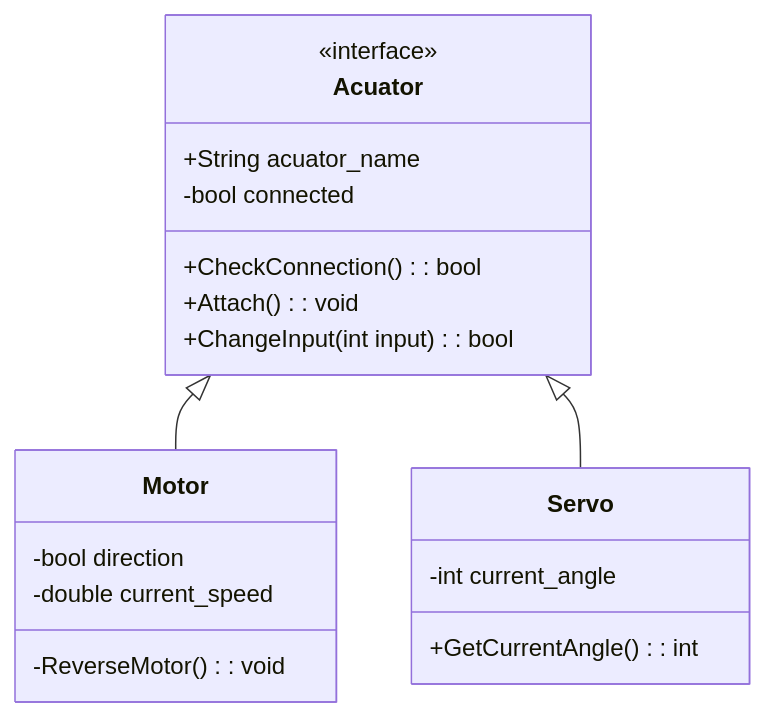
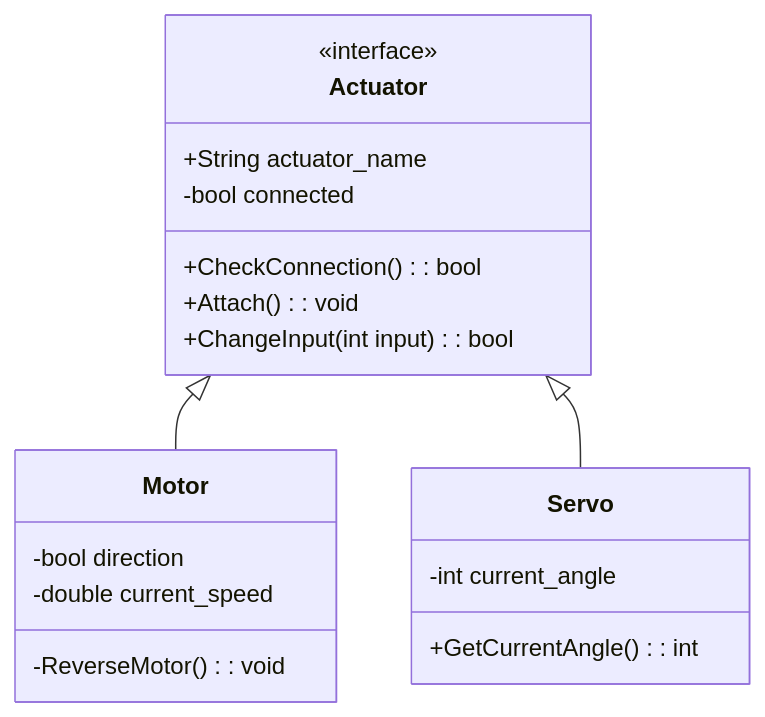
One commit to ubcuas/Airdrop-Software-2022 changed the second of 4 diagrams in docs/DESIGN.md. Above: the diagram before and after it, drawn with Mermaid. The commit also changed other lines of this file and 9 other files, not shown here.

````diff
--- a/docs/DESIGN.md
+++ b/docs/DESIGN.md
@@ -116,26 +116,26 @@
 ```mermaid
 classDiagram
 
-class Acuator {
+class Actuator {
  <<interface>>
- +String acuator_name
+ +String actuator_name
  -bool connected
  +CheckConnection(): bool
  +Attach(): void
  +ChangeInput(int input): bool
 }
 
 
-Acuator <|-- Motor
+Actuator <|-- Motor
 class Motor {
   -bool direction
   -double current_speed
   -ReverseMotor(): void
 }
 
-Acuator <|-- Servo
+Actuator <|-- Servo
 class Servo {
   -int current_angle
   +GetCurrentAngle(): int
 }
 ```
````
